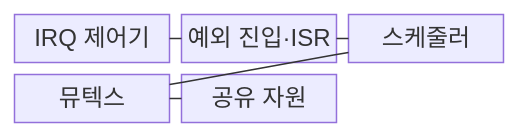
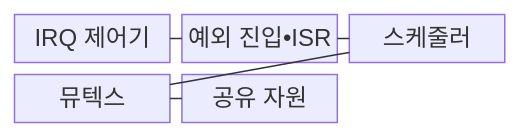
Before and after one commit to agnusdei1207/knowledge-base: the first of 2 diagrams in src/content/docs/notes/02-hardware/063_interrupt_latency_priority_inversion.md, drawn with Mermaid. The commit also changed other lines of this file and 953 other files, not shown here.

````diff
--- a/src/content/docs/notes/02-hardware/063_interrupt_latency_priority_inversion.md
+++ b/src/content/docs/notes/02-hardware/063_interrupt_latency_priority_inversion.md
@@ -69,13 +69,13 @@
 ```mermaid
 block
   columns 3
   A["IRQ 제어기"]
-  B["예외 진입·ISR"]
+  B["예외 진입•ISR"]
   C["스케줄러"]
   D["뮤텍스"]
   E["공유 자원"]
   A --- B
   B --- C
   C --- D
   D --- E
 ```
````
